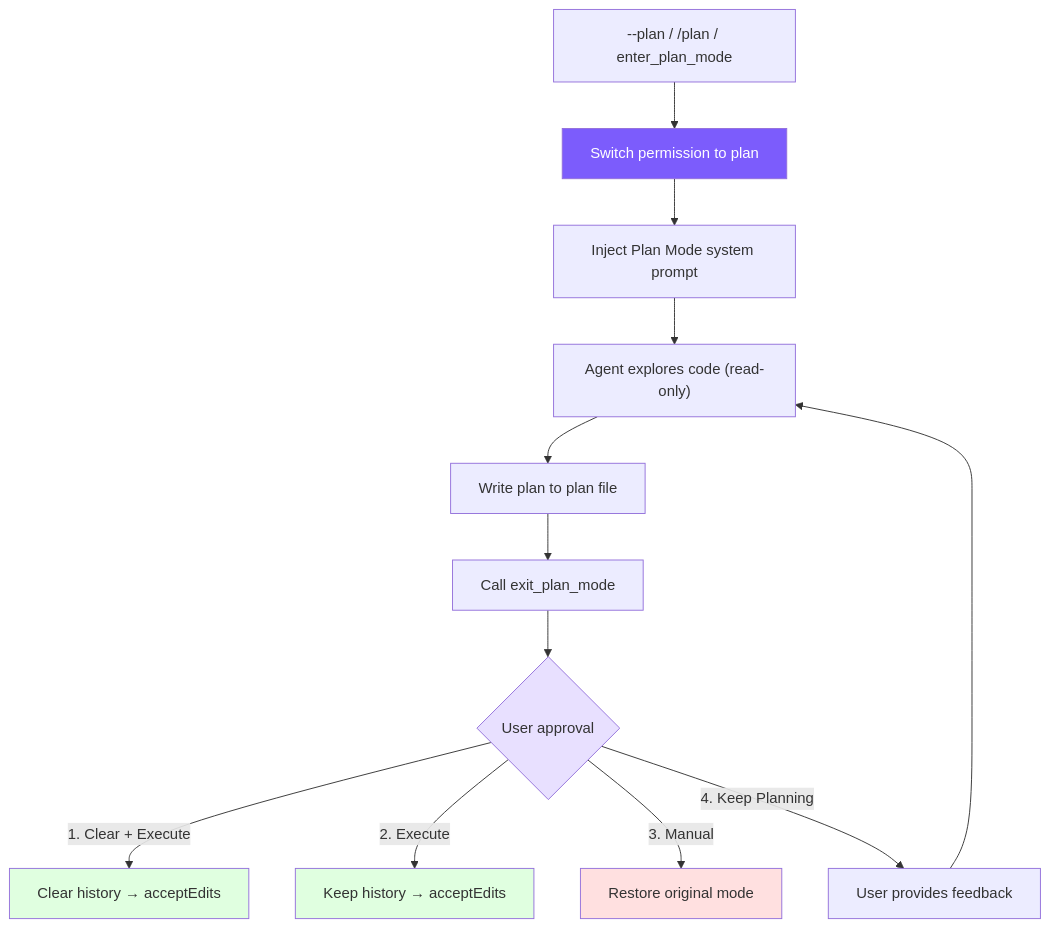
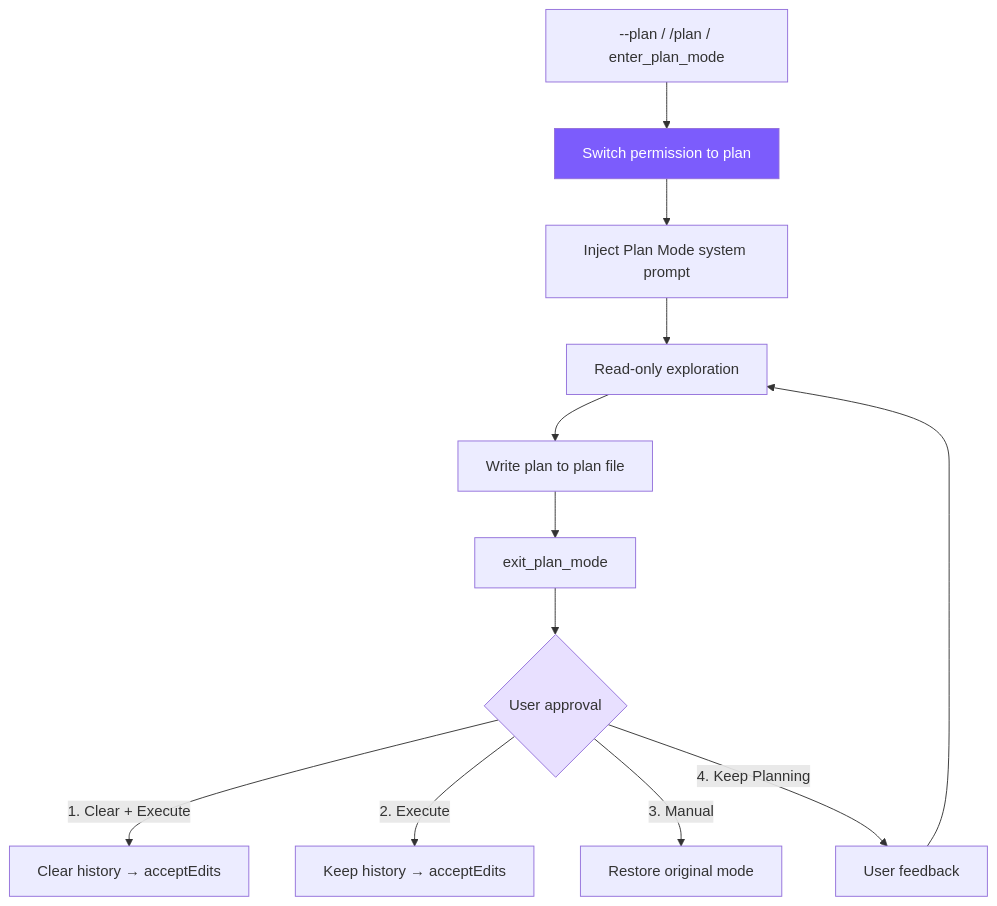
One commit to joinmouse/claude-code-mini changed the diagram in en/docs/10-plan-mode.md. Above: the diagram before and after it, drawn with Mermaid. The commit also changed other lines of this file and 30 other files, not shown here.

````diff
--- a/en/docs/10-plan-mode.md
+++ b/en/docs/10-plan-mode.md
@@ -7,20 +5,17 @@
 ```mermaid
 graph TB
     Entry["--plan / /plan / enter_plan_mode"] --> Switch["Switch permission to plan"]
     Switch --> Inject["Inject Plan Mode system prompt"]
-    Inject --> ReadOnly["Agent explores code (read-only)"]
+    Inject --> ReadOnly["Read-only exploration"]
     ReadOnly --> WritePlan["Write plan to plan file"]
-    WritePlan --> Exit["Call exit_plan_mode"]
+    WritePlan --> Exit["exit_plan_mode"]
     Exit --> Approval{"User approval"}
     Approval -->|"1. Clear + Execute"| ClearExec["Clear history → acceptEdits"]
     Approval -->|"2. Execute"| Exec["Keep history → acceptEdits"]
     Approval -->|"3. Manual"| Manual["Restore original mode"]
-    Approval -->|"4. Keep Planning"| Feedback["User provides feedback"]
+    Approval -->|"4. Keep Planning"| Feedback["User feedback"]
     Feedback --> ReadOnly
 
     style Switch fill:#7c5cfc,color:#fff
     style Approval fill:#e8e0ff
-    style ClearExec fill:#e0ffe0
-    style Exec fill:#e0ffe0
-    style Manual fill:#ffe0e0
 ```
````
